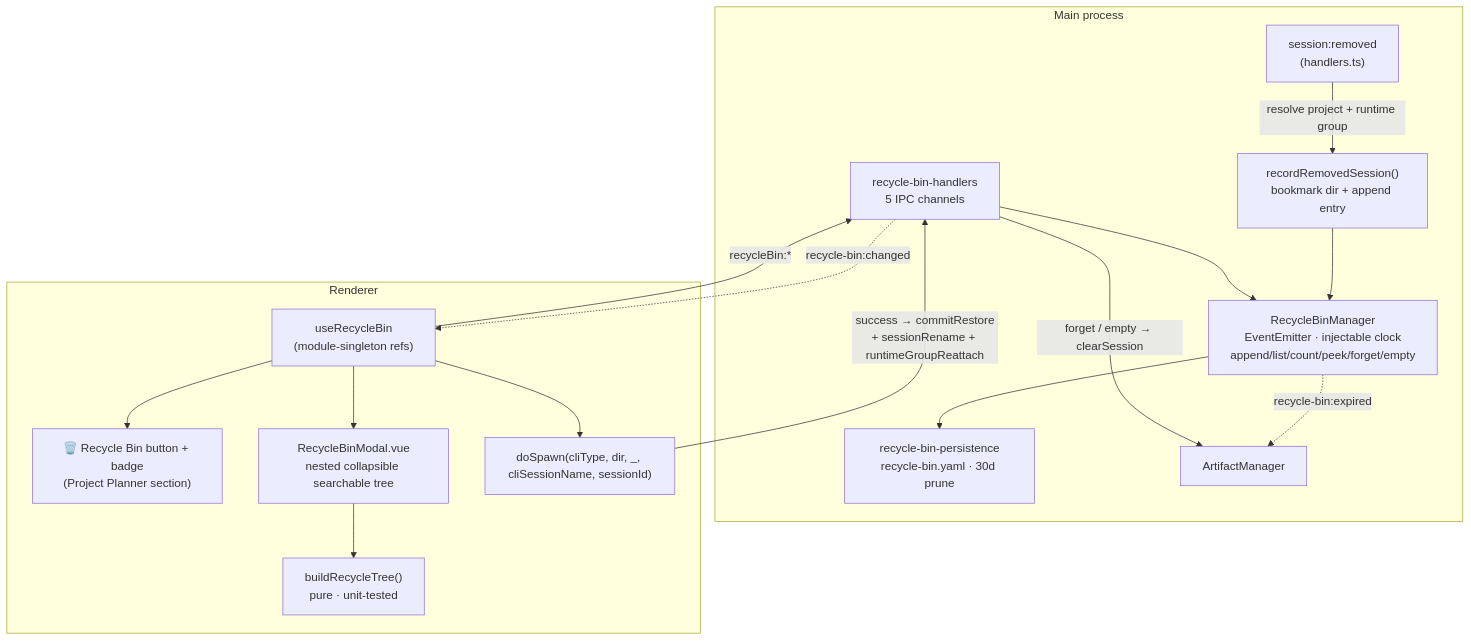
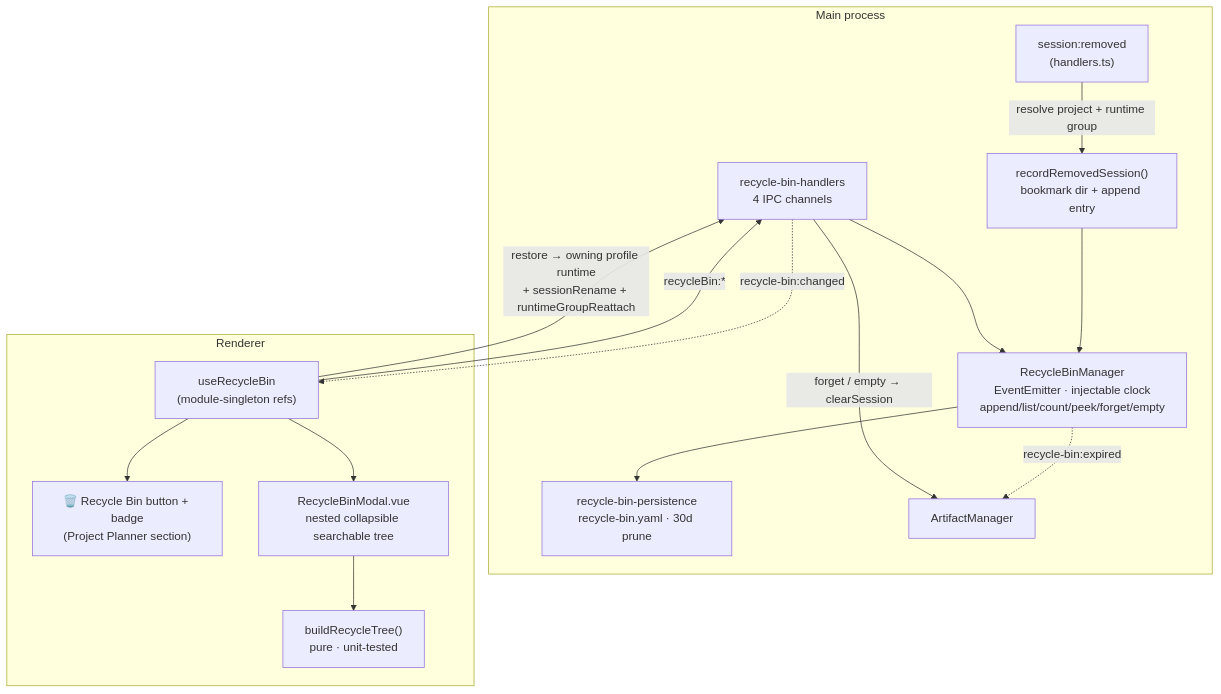
The diagram in docs/recycle-bin.md (PetePeter/helm), drawn with Mermaid before and after one commit. The commit also changed other lines of this file and 83 other files, not shown here.

````diff
--- a/docs/recycle-bin.md
+++ b/docs/recycle-bin.md
@@ -25,28 +25,26 @@
 ```mermaid
 graph TB
     subgraph Main["Main process"]
         SR["session:removed<br/>(handlers.ts)"]
         RRS["recordRemovedSession()<br/>bookmark dir + append entry"]
         RBM["RecycleBinManager<br/>EventEmitter · injectable clock<br/>append/list/count/peek/forget/empty"]
         RBP["recycle-bin-persistence<br/>recycle-bin.yaml · 30d prune"]
-        RBH["recycle-bin-handlers<br/>5 IPC channels"]
+        RBH["recycle-bin-handlers<br/>4 IPC channels"]
         AM["ArtifactManager"]
         SR -->|"resolve project + runtime group"| RRS --> RBM --> RBP
         RBH --> RBM
         RBM -. "recycle-bin:expired" .-> AM
         RBH -->|"forget / empty → clearSession"| AM
     end
     subgraph Renderer
         URB["useRecycleBin<br/>(module-singleton refs)"]
         BADGE["🗑️ Recycle Bin button + badge<br/>(Project Planner section)"]
         MODAL["RecycleBinModal.vue<br/>nested collapsible searchable tree"]
         TREE["buildRecycleTree()<br/>pure · unit-tested"]
-        SPAWN["doSpawn(cliType, dir, _, cliSessionName, sessionId)"]
         URB --> BADGE & MODAL
         MODAL --> TREE
-        URB --> SPAWN
     end
     RBH -. "recycle-bin:changed" .-> URB
     URB -->|"recycleBin:*"| RBH
-    SPAWN -->|"success → commitRestore<br/>+ sessionRename + runtimeGroupReattach"| RBH
+    URB -->|"restore → owning profile runtime<br/>+ sessionRename + runtimeGroupReattach"| RBH
 ```
````
